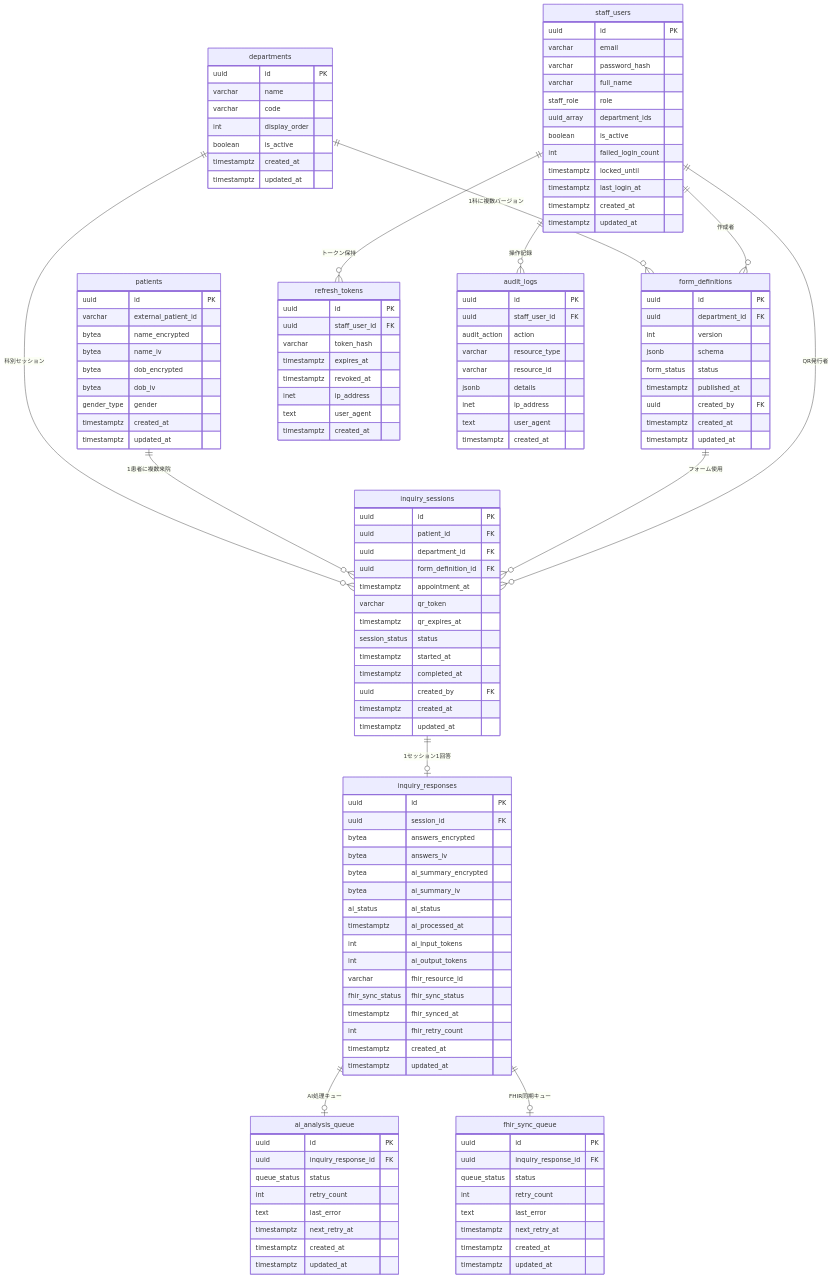
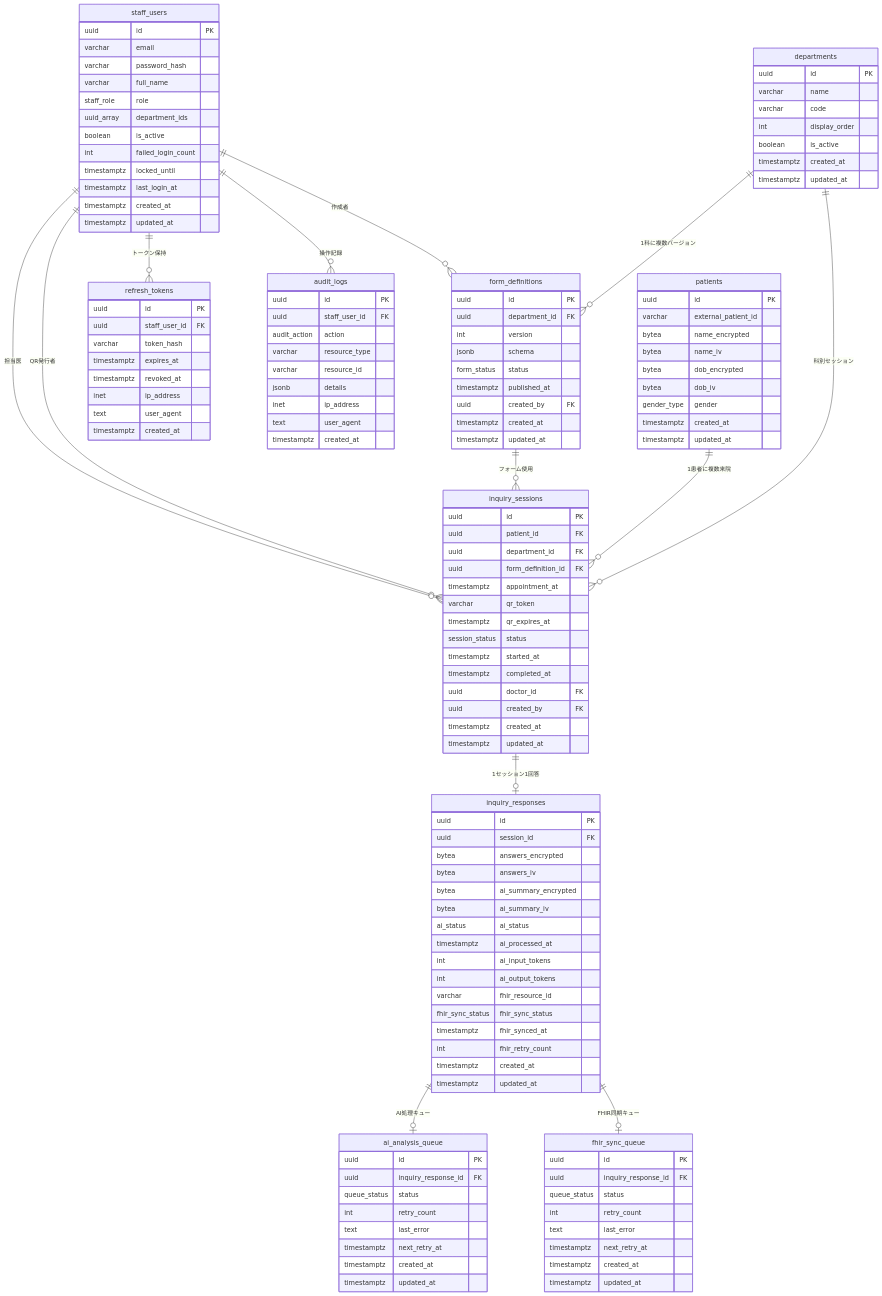
The diagram in docs/db-definition.md (t-saito-csi/claudeinquiry), drawn with Mermaid before and after one commit. The commit also changed other lines of this file and 5 other files, not shown here.

```diff
--- a/docs/db-definition.md
+++ b/docs/db-definition.md
@@ -83,6 +83,7 @@
         session_status status
         timestamptz started_at
         timestamptz completed_at
+        uuid doctor_id FK
         uuid created_by FK
         timestamptz created_at
         timestamptz updated_at
@@ -175,6 +176,7 @@
     staff_users         ||--o{ form_definitions   : "作成者"
     staff_users         ||--o{ refresh_tokens     : "トークン保持"
     staff_users         ||--o{ audit_logs         : "操作記録"
+    staff_users         ||--o{ inquiry_sessions   : "担当医"
     inquiry_sessions    ||--o| inquiry_responses  : "1セッション1回答"
     inquiry_responses   ||--o| ai_analysis_queue  : "AI処理キュー"
     inquiry_responses   ||--o| fhir_sync_queue    : "FHIR同期キュー"
```
